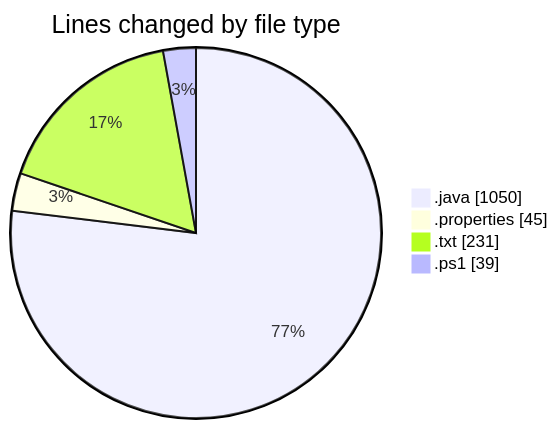
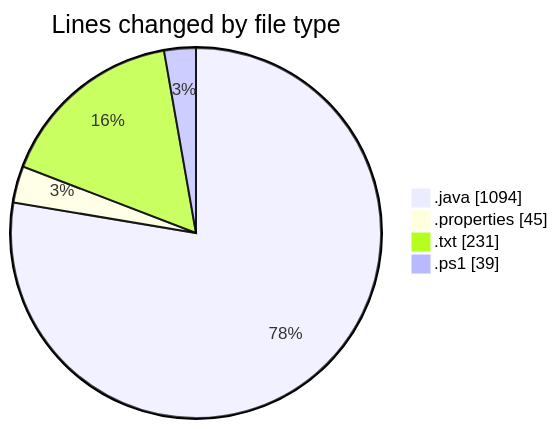
Before and after one commit to ricardozamudiocil/code-tracking: the first of 2 diagrams in 2026-03-03/cilapp/README.md, drawn with Mermaid. The commit also changed other lines of this file and 1 other file, not shown here.

````diff
--- a/2026-03-03/cilapp/README.md
+++ b/2026-03-03/cilapp/README.md
@@ -27,8 +27,8 @@
 ```mermaid
 pie showData
 title Lines changed by file type
-".java" : 1050
+".java" : 1094
 ".properties" : 45
 ".txt" : 231
 ".ps1" : 39
 ```
````
